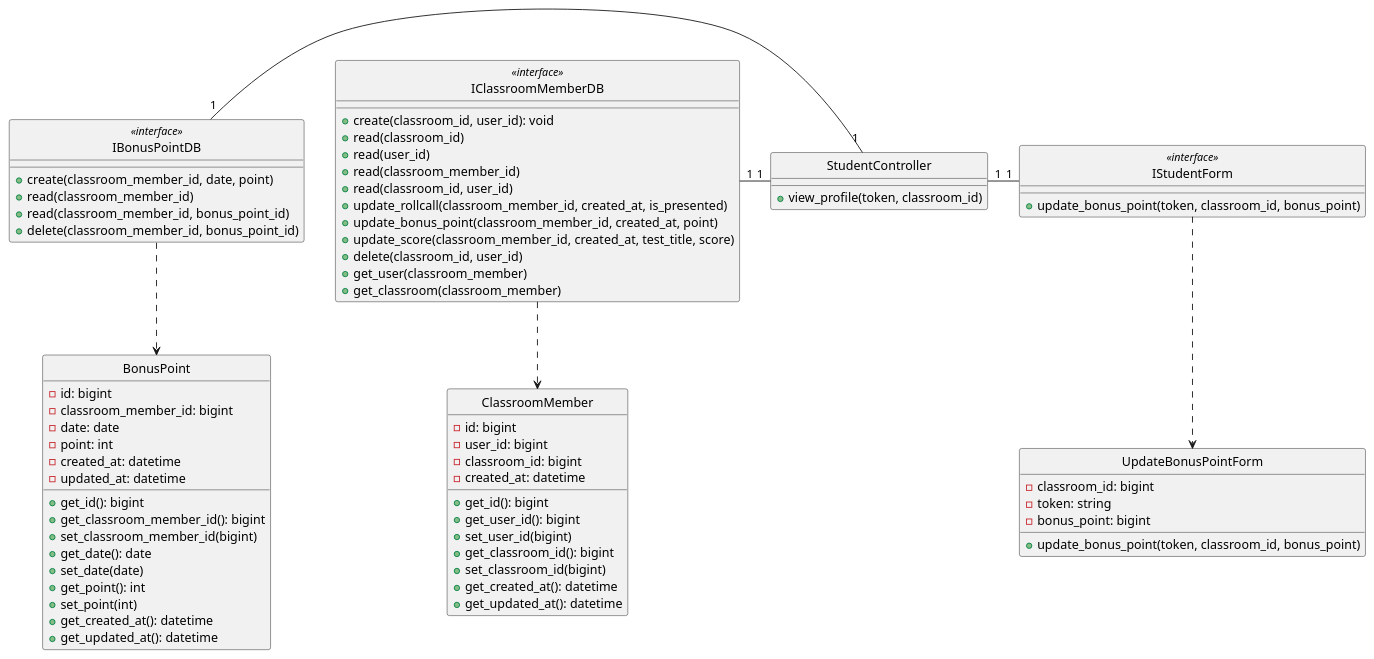
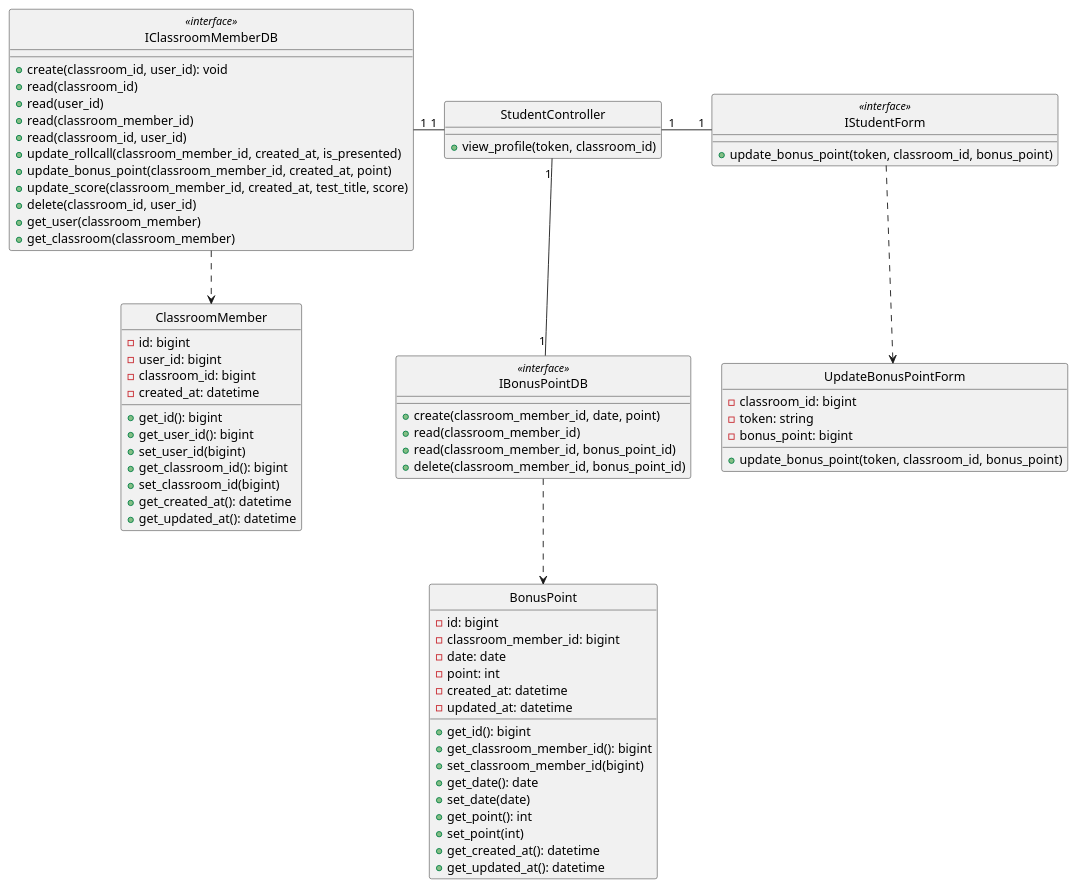
The diagram in class - design/rollcall/updateBonusPoint.plantuml (anonyhostvn/OOAD-Diagram), drawn with PlantUML before and after one commit. The commit also changed 9 other files, not shown here.

Commit message:
shorten diagram

```diff
--- a/class - design/rollcall/updateBonusPoint.plantuml
+++ b/class - design/rollcall/updateBonusPoint.plantuml
@@ -1,92 +1,92 @@
-@startuml addStudent
+@startuml updateBonusPoint
 
 class UpdateBonusPointForm {
     - classroom_id: bigint
     - token: string
     - bonus_point: bigint
 
     + update_bonus_point(token, classroom_id, bonus_point)
 }
 
 class IStudentForm <<interface>> {
     + update_bonus_point(token, classroom_id, bonus_point)
 }
 
 class StudentController {
     + view_profile(token, classroom_id)
 }
 
 class ClassroomMember {
     - id: bigint
     - user_id: bigint
     - classroom_id: bigint
     - created_at: datetime
 
     + get_id(): bigint
     + get_user_id(): bigint
     + set_user_id(bigint)
     + get_classroom_id(): bigint
     + set_classroom_id(bigint)
     + get_created_at(): datetime
     + get_updated_at(): datetime
 }
 
 class IClassroomMemberDB <<interface>> {
     + create(classroom_id, user_id): void
     + read(classroom_id)
     + read(user_id)
     + read(classroom_member_id)
     + read(classroom_id, user_id)
     + update_rollcall(classroom_member_id, created_at, is_presented)
     + update_bonus_point(classroom_member_id, created_at, point)
     + update_score(classroom_member_id, created_at, test_title, score)
     + delete(classroom_id, user_id)
     + get_user(classroom_member)
     + get_classroom(classroom_member)
 }
 
 
 class BonusPoint {
     - id: bigint
     - classroom_member_id: bigint
     - date: date
     - point: int
     - created_at: datetime
     - updated_at: datetime
 
     + get_id(): bigint
     + get_classroom_member_id(): bigint
     + set_classroom_member_id(bigint)
     + get_date(): date
     + set_date(date)
     + get_point(): int
     + set_point(int)
     + get_created_at(): datetime
     + get_updated_at(): datetime
 }
 
 class IBonusPointDB <<interface>> {
     + create(classroom_member_id, date, point)
     + read(classroom_member_id)
     + read(classroom_member_id, bonus_point_id)
     + delete(classroom_member_id, bonus_point_id)
 }
 
 hide UpdateBonusPointForm circle
 hide IStudentForm <<interface>> circle
 hide StudentController circle
 hide IClassroomMemberDB <<interface>> circle
 hide ClassroomMember circle
 hide IBonusPointDB <<interface>> circle
 hide BonusPoint circle 
 
 
 IStudentForm .down.> UpdateBonusPointForm
 IClassroomMemberDB .down.> ClassroomMember
 IBonusPointDB .down.> BonusPoint
 IStudentForm "1"-left-"1" StudentController
 StudentController "1"-left-"1" IClassroomMemberDB
-StudentController "1"-left-"1" IBonusPointDB
+StudentController "1"-down-"1" IBonusPointDB 
 
 
 @enduml
```
